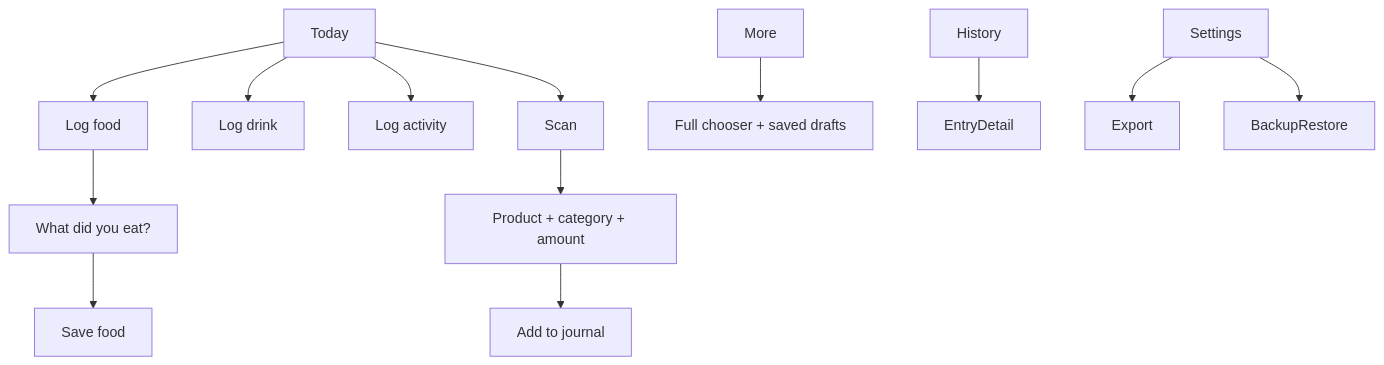
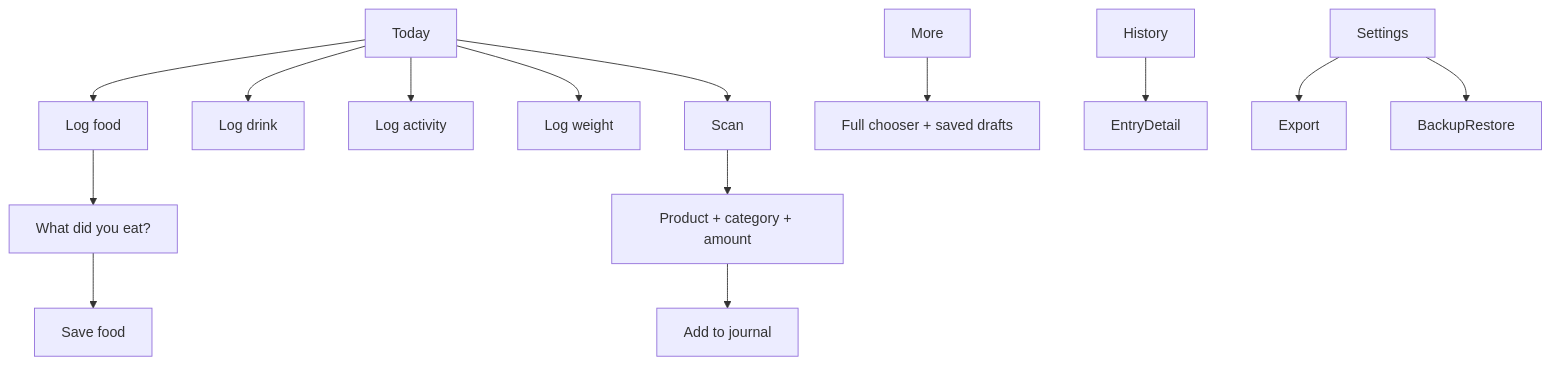
The diagram in docs/EXPERIENCE.md (khaleelclark/Newleaf), drawn with Mermaid before and after one commit. The commit also changed other lines of this file and 23 other files, not shown here.

````diff
--- a/docs/EXPERIENCE.md
+++ b/docs/EXPERIENCE.md
@@ -22,15 +22,16 @@
 ```mermaid
 flowchart TD
     Today --> LogFood[Log food]
     Today --> LogDrink[Log drink]
     Today --> LogActivity[Log activity]
+    Today --> LogWeight[Log weight]
     Today --> Scan
     LogFood --> Description[What did you eat?]
     Description --> SaveFood[Save food]
     Scan --> Review[Product + category + amount]
     Review --> Add[Add to journal]
     More --> FullChooser[Full chooser + saved drafts]
     History --> EntryDetail
     Settings --> Export
     Settings --> BackupRestore
 ```
````
